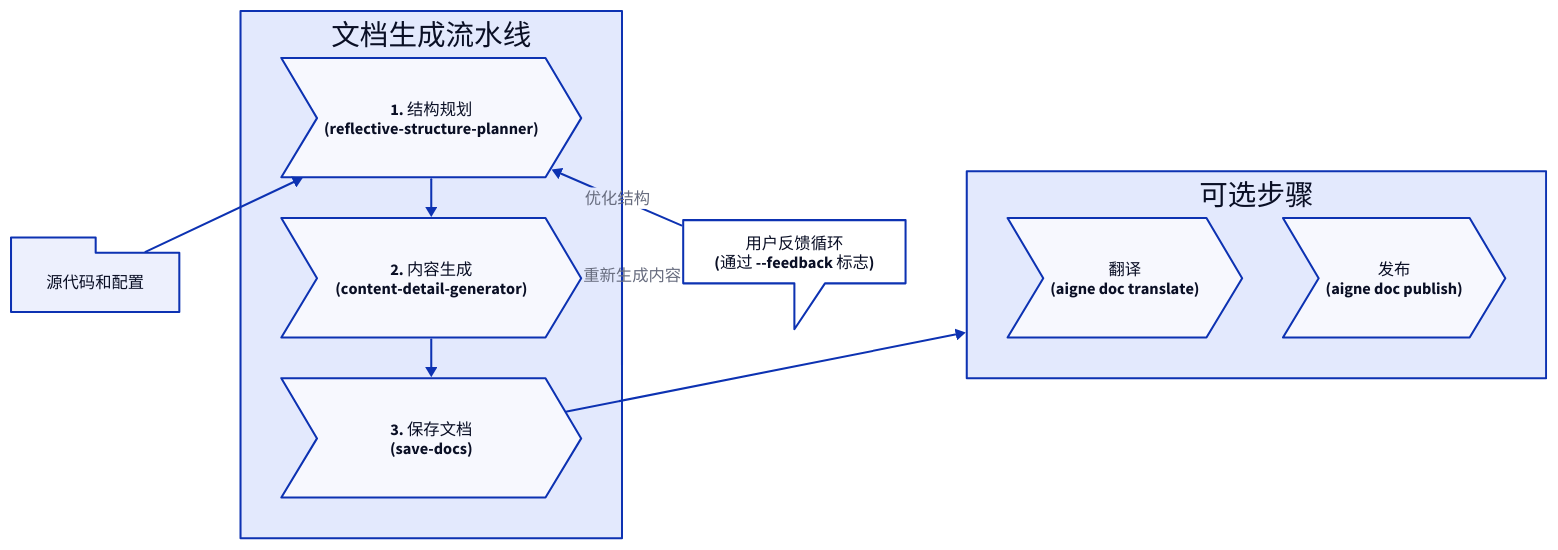
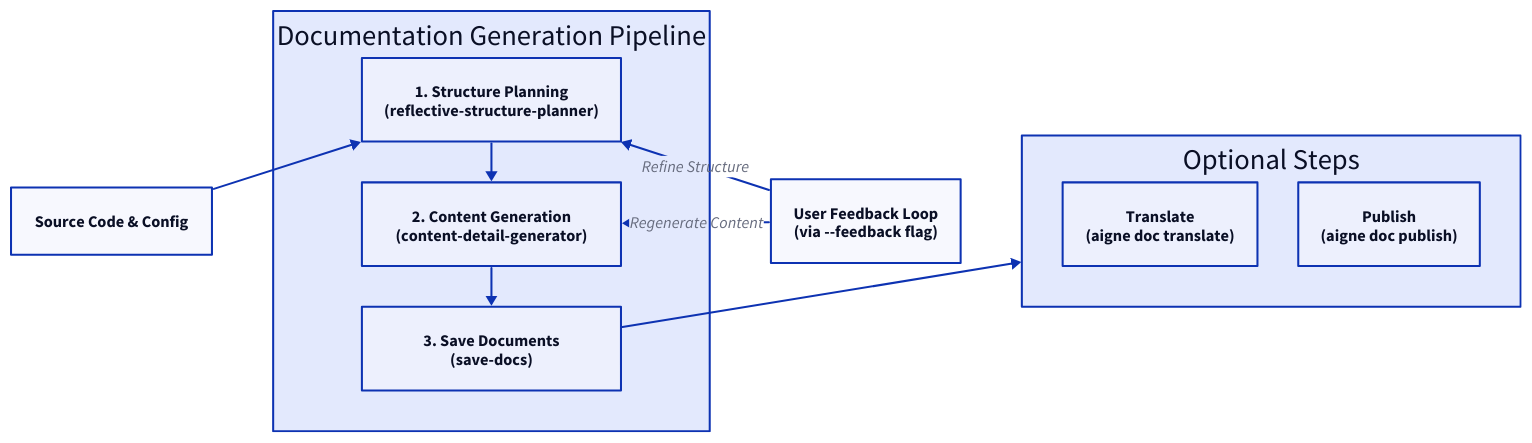
One commit to AIGNE-io/aigne-doc-smith changed the diagram in docs/advanced-how-it-works.zh.md. Above: the diagram before and after it, drawn with D2. The commit also changed other lines of this file and 35 other files, not shown here.

````diff
--- a/docs/advanced-how-it-works.zh.md
+++ b/docs/advanced-how-it-works.zh.md
@@ -11,58 +11,60 @@
 ```d2
 direction: down
 
 Input: {
-  label: "源代码和配置"
-  shape: package
+  label: "Source Code & Config"
+  shape: rectangle
 }
 
 Pipeline: {
-  label: "文档生成流水线"
+  label: "Documentation Generation Pipeline"
+  shape: rectangle
   grid-columns: 1
   grid-gap: 40
 
   Structure-Planning: {
-    label: "1. 结构规划\n(reflective-structure-planner)"
-    shape: step
+    label: "1. Structure Planning\n(reflective-structure-planner)"
+    shape: rectangle
   }
 
   Content-Generation: {
-    label: "2. 内容生成\n(content-detail-generator)"
-    shape: step
+    label: "2. Content Generation\n(content-detail-generator)"
+    shape: rectangle
   }
 
   Saving: {
-    label: "3. 保存文档\n(save-docs)"
-    shape: step
+    label: "3. Save Documents\n(save-docs)"
+    shape: rectangle
   }
 }
 
 User-Feedback: {
-  label: "用户反馈循环\n(通过 --feedback 标志)"
-  shape: callout
+  label: "User Feedback Loop\n(via --feedback flag)"
+  shape: rectangle
 }
 
 Optional-Steps: {
-  label: "可选步骤"
+  label: "Optional Steps"
+  shape: rectangle
   grid-columns: 2
   grid-gap: 40
   
   Translation: {
-    label: "翻译\n(aigne doc translate)"
-    shape: step
+    label: "Translate\n(aigne doc translate)"
+    shape: rectangle
   }
 
   Publishing: {
-    label: "发布\n(aigne doc publish)"
-    shape: step
+    label: "Publish\n(aigne doc publish)"
+    shape: rectangle
   }
 }
 
 Input -> Pipeline.Structure-Planning
 Pipeline.Structure-Planning -> Pipeline.Content-Generation
 Pipeline.Content-Generation -> Pipeline.Saving
 Pipeline.Saving -> Optional-Steps
 
-User-Feedback -> Pipeline.Structure-Planning: "优化结构"
-User-Feedback -> Pipeline.Content-Generation: "重新生成内容"
+User-Feedback -> Pipeline.Structure-Planning: "Refine Structure"
+User-Feedback -> Pipeline.Content-Generation: "Regenerate Content"
 ```
````
